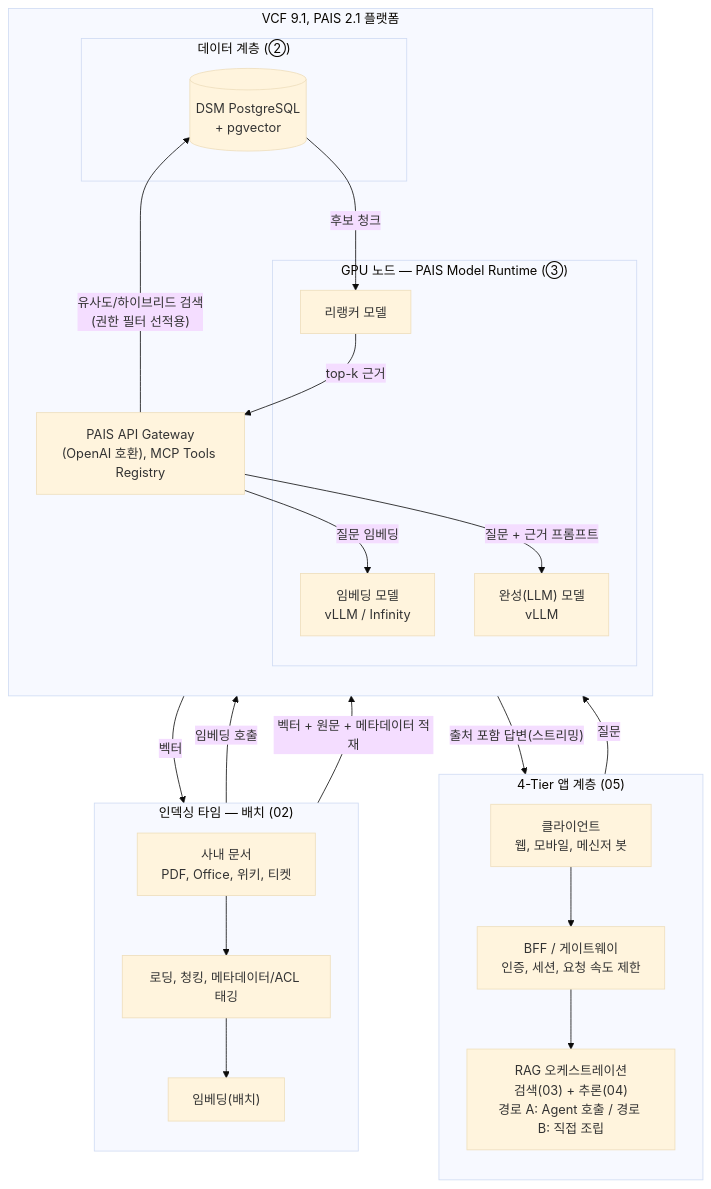
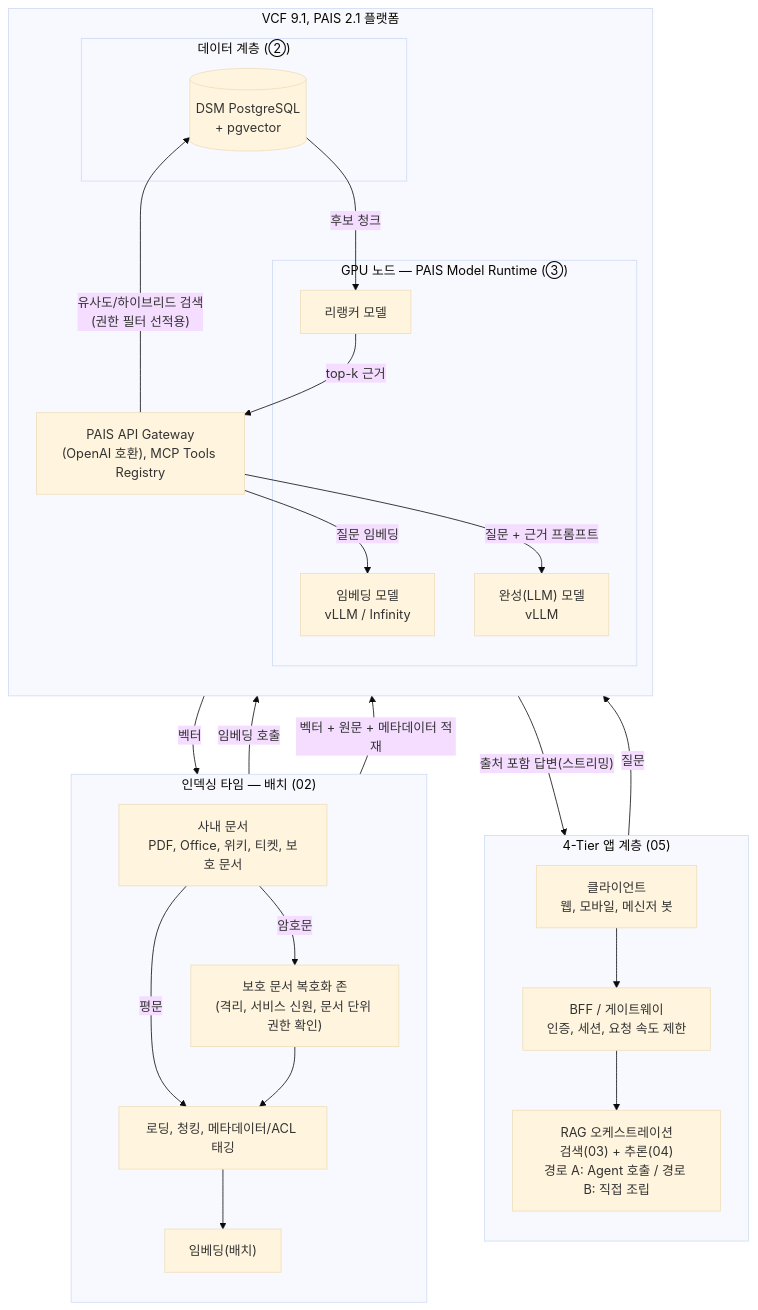
Before and after one commit to JaeHoYun/vcf-private-ai: the diagram in 04-rag/docs/01-reference-architecture.md, drawn with Mermaid (base theme). The commit also changed other lines of this file and 15 other files, not shown here.

````diff
--- a/04-rag/docs/01-reference-architecture.md
+++ b/04-rag/docs/01-reference-architecture.md
@@ -38,45 +38,48 @@
 ```mermaid
 flowchart TB
     subgraph TIER["4-Tier 앱 계층 (05)"]
         direction TB
         CLIENT["클라이언트<br/>웹, 모바일, 메신저 봇"]
         BFF["BFF / 게이트웨이<br/>인증, 세션, 요청 속도 제한"]
         ORCH["RAG 오케스트레이션<br/>검색(03) + 추론(04)<br/>경로 A: Agent 호출 / 경로 B: 직접 조립"]
         CLIENT --> BFF --> ORCH
     end
 
     subgraph INDEX["인덱싱 타임 — 배치 (02)"]
         direction TB
-        DOCS["사내 문서<br/>PDF, Office, 위키, 티켓"]
+        DOCS["사내 문서<br/>PDF, Office, 위키, 티켓, 보호 문서"]
+        DEC["보호 문서 복호화 존<br/>(격리, 서비스 신원, 문서 단위 권한 확인)"]
         LOAD["로딩, 청킹, 메타데이터/ACL 태깅"]
         EMB1["임베딩(배치)"]
-        DOCS --> LOAD --> EMB1
+        DOCS -->|"평문"| LOAD
+        DOCS -->|"암호문"| DEC --> LOAD
+        LOAD --> EMB1
     end
 
     subgraph PLATFORM["VCF 9.1, PAIS 2.1 플랫폼"]
         direction TB
         subgraph GPU["GPU 노드 — PAIS Model Runtime (③)"]
             EMBM["임베딩 모델<br/>vLLM / Infinity"]
             RERANK["리랭커 모델"]
             LLM["완성(LLM) 모델<br/>vLLM"]
         end
         subgraph DATA["데이터 계층 (②)"]
             PG[("DSM PostgreSQL<br/>+ pgvector")]
         end
         GW["PAIS API Gateway<br/>(OpenAI 호환), MCP Tools Registry"]
     end
 
     %% 인덱싱 타임 데이터 흐름
     EMB1 -->|"임베딩 호출"| EMBM
     EMBM -->|"벡터"| EMB1
     EMB1 -->|"벡터 + 원문 + 메타데이터 적재"| PG
 
     %% 쿼리 타임 데이터 흐름
     ORCH -->|"질문"| GW
     GW -->|"질문 임베딩"| EMBM
     GW -->|"유사도/하이브리드 검색<br/>(권한 필터 선적용)"| PG
     PG -->|"후보 청크"| RERANK
     RERANK -->|"top-k 근거"| GW
     GW -->|"질문 + 근거 프롬프트"| LLM
     LLM -->|"출처 포함 답변(스트리밍)"| ORCH
 ```
````
